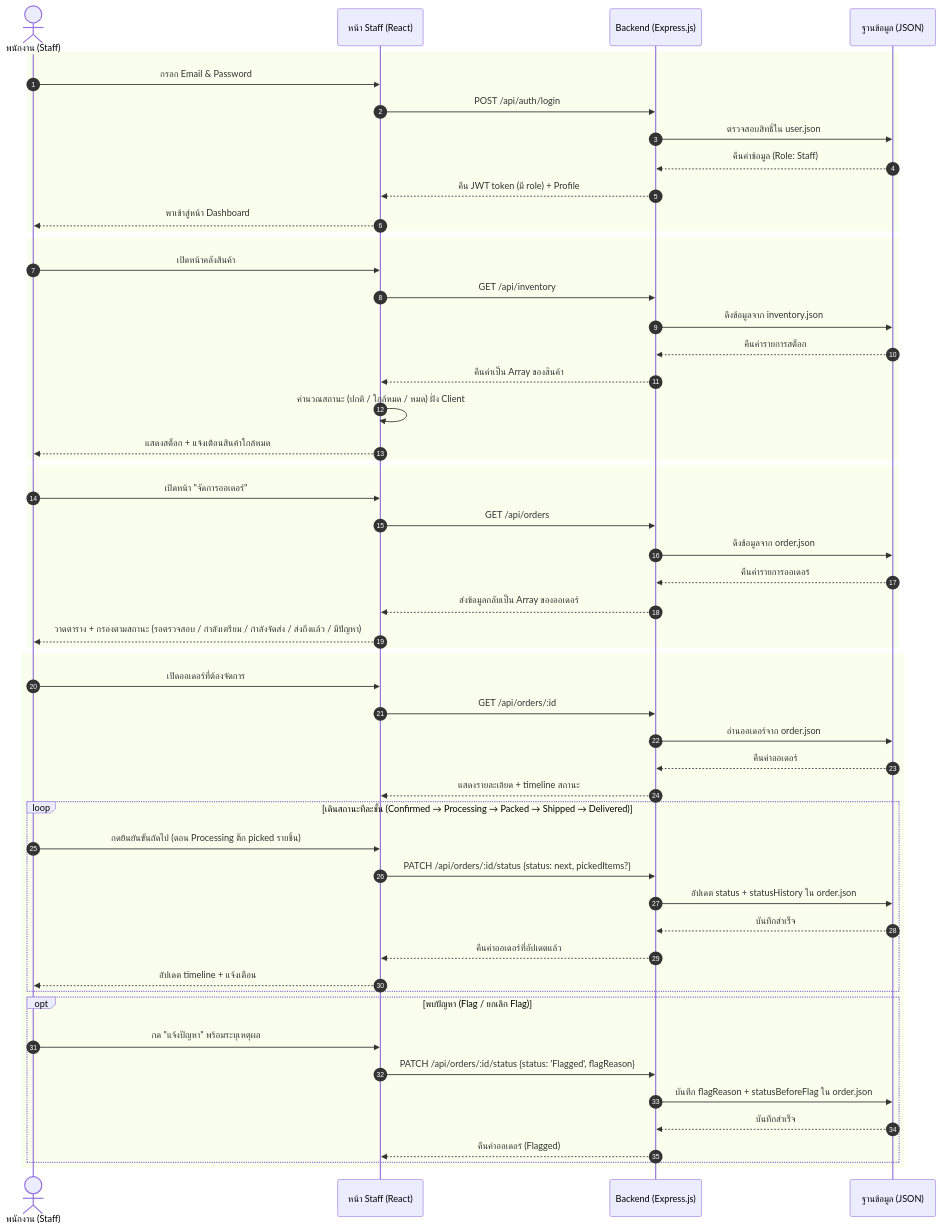
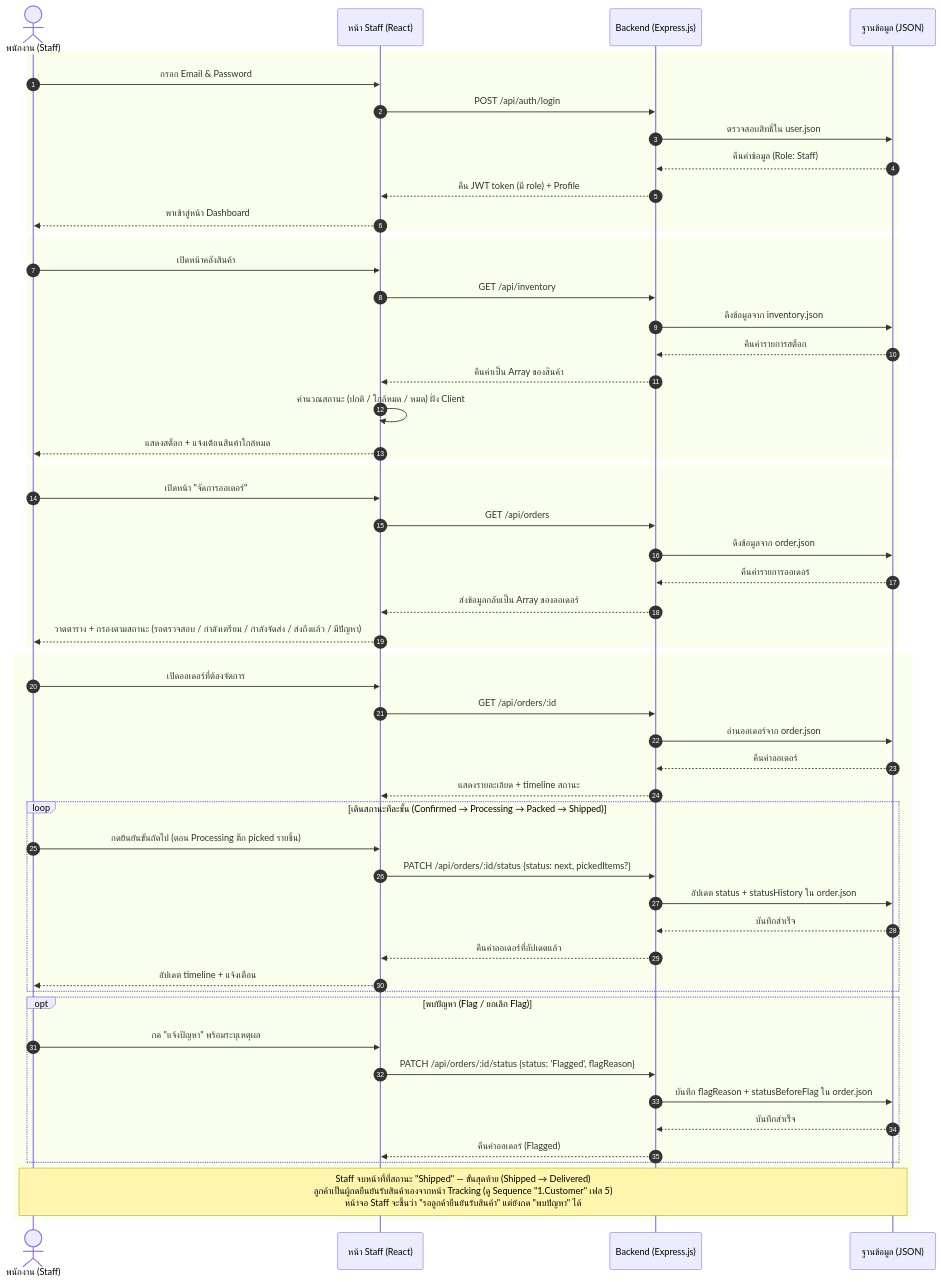
Before and after one commit to KumPong/petshop: the third of 5 diagrams in README.md, drawn with Mermaid. The commit also changed other lines of this file, not shown here.

Commit message:
fix: add tracking and confirmation for order delivery process

````diff
--- a/README.md
+++ b/README.md
@@ -455,65 +475,67 @@
 ```mermaid
     sequenceDiagram
     autoNumber
     actor Staff as พนักงาน (Staff)
     participant UI as หน้า Staff (React)
     participant API as Backend (Express.js)
     participant DB as ฐานข้อมูล (JSON)
 
     %% เฟส 1: การเข้าสู่ระบบ (Staff Login)
     rect
         Staff->>UI: กรอก Email & Password
         UI->>API: POST /api/auth/login
         API->>DB: ตรวจสอบสิทธิ์ใน user.json
         DB-->>API: คืนค่าข้อมูล (Role: Staff)
         API-->>UI: คืน JWT token (มี role) + Profile
         UI-->>Staff: พาเข้าสู่หน้า Dashboard
     end
 
     %% เฟส 2: ติดตามสต็อก (อ่านอย่างเดียว — Staff ปรับสต็อกเองไม่ได้)
     rect
         Staff->>UI: เปิดหน้าคลังสินค้า
         UI->>API: GET /api/inventory
         API->>DB: ดึงข้อมูลจาก inventory.json
         DB-->>API: คืนค่ารายการสต็อก
         API-->>UI: คืนค่าเป็น Array ของสินค้า
         UI->>UI: คำนวณสถานะ (ปกติ / ใกล้หมด / หมด) ฝั่ง Client
         UI-->>Staff: แสดงสต็อก + แจ้งเตือนสินค้าใกล้หมด
     end
 
     %% เฟส 3: ดูรายการคำสั่งซื้อ (Order list)
     rect
         Staff->>UI: เปิดหน้า "จัดการออเดอร์"
         UI->>API: GET /api/orders
         API->>DB: ดึงข้อมูลจาก order.json
         DB-->>API: คืนค่ารายการออเดอร์
         API-->>UI: ส่งข้อมูลกลับเป็น Array ของออเดอร์
         UI-->>Staff: วาดตาราง + กรองตามสถานะ (รอตรวจสอบ / กำลังเตรียม / กำลังจัดส่ง / ส่งถึงแล้ว / มีปัญหา)
     end
 
     %% เฟส 4: ดำเนินการออเดอร์ทีละขั้น (Order verify)
     rect
         Staff->>UI: เปิดออเดอร์ที่ต้องจัดการ
         UI->>API: GET /api/orders/:id
         API->>DB: อ่านออเดอร์จาก order.json
         DB-->>API: คืนค่าออเดอร์
         API-->>UI: แสดงรายละเอียด + timeline สถานะ
 
-        loop เดินสถานะทีละขั้น (Confirmed → Processing → Packed → Shipped → Delivered)
+        loop เดินสถานะทีละขั้น (Confirmed → Processing → Packed → Shipped)
             Staff->>UI: กดยืนยันขั้นถัดไป (ตอน Processing ติ๊ก picked รายชิ้น)
             UI->>API: PATCH /api/orders/:id/status {status: next, pickedItems?}
             API->>DB: อัปเดต status + statusHistory ใน order.json
             DB-->>API: บันทึกสำเร็จ
             API-->>UI: คืนค่าออเดอร์ที่อัปเดตแล้ว
             UI-->>Staff: อัปเดต timeline + แจ้งเตือน
         end
 
         opt พบปัญหา (Flag / ยกเลิก Flag)
             Staff->>UI: กด "แจ้งปัญหา" พร้อมระบุเหตุผล
             UI->>API: PATCH /api/orders/:id/status {status: 'Flagged', flagReason}
             API->>DB: บันทึก flagReason + statusBeforeFlag ใน order.json
             DB-->>API: บันทึกสำเร็จ
             API-->>UI: คืนค่าออเดอร์ (Flagged)
         end
+
+        Note over Staff,DB: Staff จบหน้าที่ที่สถานะ "Shipped" — ขั้นสุดท้าย (Shipped → Delivered)<br/>ลูกค้าเป็นผู้กดยืนยันรับสินค้าเองจากหน้า Tracking (ดู Sequence "1.Customer" เฟส 5)<br/>หน้าจอ Staff จะขึ้นว่า "รอลูกค้ายืนยันรับสินค้า" แต่ยังกด "พบปัญหา" ได้
     end
 ```
````
